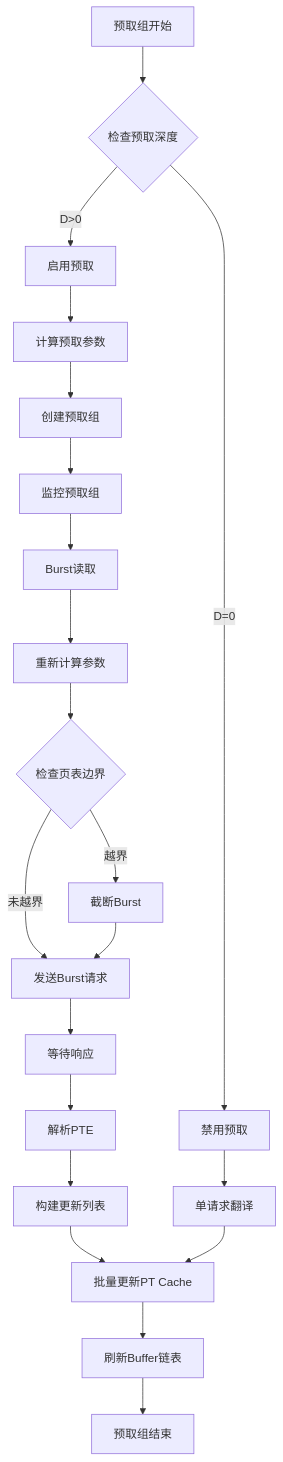
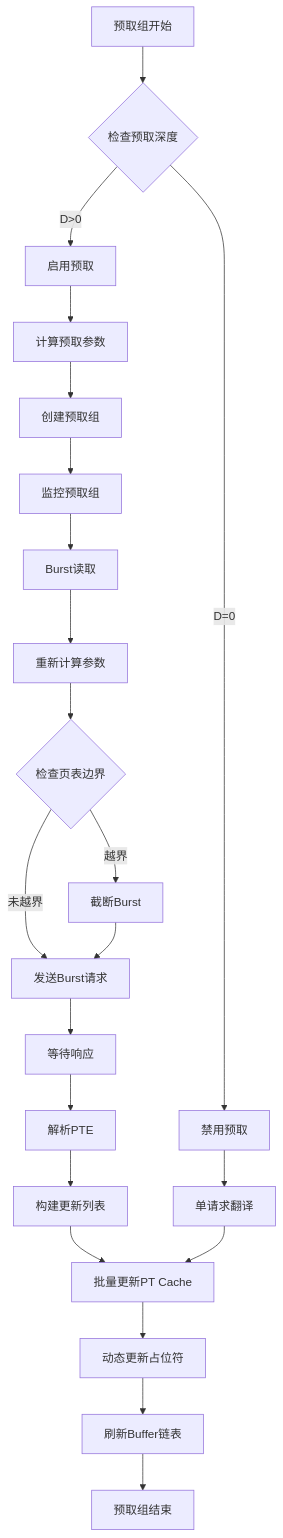
Before and after one commit to jiangjiang1122/iommu_model_20260401_v1: the fifth of 7 diagrams in .qoder/repowiki/zh/content/缓存系统架构/页表缓存(PT Cache)/PT Cache去重+预取集成.md, drawn with Mermaid. The commit also changed other lines of this file and 10 other files, not shown here.

````diff
--- a/.qoder/repowiki/zh/content/缓存系统架构/页表缓存(PT Cache)/PT Cache去重+预取集成.md
+++ b/.qoder/repowiki/zh/content/缓存系统架构/页表缓存(PT Cache)/PT Cache去重+预取集成.md
@@ -302,23 +332,24 @@
 ```mermaid
 flowchart TD
 START[预取组开始] --> CHECK_DEPTH{检查预取深度}
 CHECK_DEPTH --> |D=0| DISABLE_PREFETCH[禁用预取]
 CHECK_DEPTH --> |D>0| ENABLE_PREFETCH[启用预取]
 DISABLE_PREFETCH --> SINGLE_REQUEST[单请求翻译]
 ENABLE_PREFETCH --> CALCULATE_PARAMS[计算预取参数]
 CALCULATE_PARAMS --> CREATE_GROUP[创建预取组]
 CREATE_GROUP --> MONITOR_GROUP[监控预取组]
 MONITOR_GROUP --> BURST_READ[Burst读取]
 BURST_READ --> CALCULATE_PARAMS2[重新计算参数]
 CALCULATE_PARAMS2 --> CHECK_BOUNDARY{检查页表边界}
 CHECK_BOUNDARY --> |越界| TRUNCATE_BURST[截断Burst]
 CHECK_BOUNDARY --> |未越界| SEND_BURST[发送Burst请求]
 TRUNCATE_BURST --> SEND_BURST
 SEND_BURST --> WAIT_RESPONSE[等待响应]
 WAIT_RESPONSE --> PARSE_PTES[解析PTE]
 PARSE_PTES --> BUILD_UPDATES[构建更新列表]
 BUILD_UPDATES --> BATCH_UPDATE[批量更新PT Cache]
 SINGLE_REQUEST --> BATCH_UPDATE
-BATCH_UPDATE --> FLUSH_CHAIN[刷新Buffer链表]
+BATCH_UPDATE --> UPDATE_PLACEHOLDER[动态更新占位符]
+UPDATE_PLACEHOLDER --> FLUSH_CHAIN[刷新Buffer链表]
 FLUSH_CHAIN --> END[预取组结束]
 ```
````
